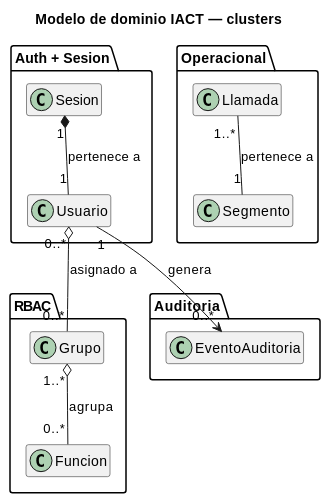
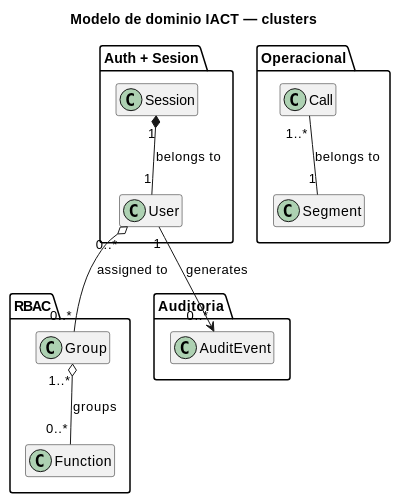
One commit to jcg-admin/IACT-docs changed the diagram in source/requisitos/_metodologia-aplicacion/analisis-dominio/ejemplo-iact-agrupacion-con-package.rst. Above: the diagram before and after it, drawn with PlantUML. The commit also changed 21 other files, not shown here.

```diff
--- a/source/requisitos/_metodologia-aplicacion/analisis-dominio/ejemplo-iact-agrupacion-con-package.rst
+++ b/source/requisitos/_metodologia-aplicacion/analisis-dominio/ejemplo-iact-agrupacion-con-package.rst
@@ -7,32 +7,32 @@
 .. uml::
 
    @startuml
    title Modelo de dominio IACT — clusters
 
    hide empty members
 
    package "Auth + Sesion" {
-     class Usuario
-     class Sesion
+     class User
+     class Session
    }
 
    package "RBAC" {
-     class Grupo
-     class Funcion
+     class Group
+     class Function
    }
 
    package "Operacional" {
-     class Llamada
-     class Segmento
+     class Call
+     class Segment
    }
 
    package "Auditoria" {
-     class EventoAuditoria
+     class AuditEvent
    }
 
-   Sesion "1" *-- "1" Usuario : pertenece a
-   Usuario "0..*" o-- "0..*" Grupo : asignado a
-   Grupo "1..*" o-- "0..*" Funcion : agrupa
-   Llamada "1..*" -- "1" Segmento : pertenece a
-   Usuario "1" --> "0..*" EventoAuditoria : genera
+   Session "1" *-- "1" User : belongs to
+   User "0..*" o-- "0..*" Group : assigned to
+   Group "1..*" o-- "0..*" Function : groups
+   Call "1..*" -- "1" Segment : belongs to
+   User "1" --> "0..*" AuditEvent : generates
    @enduml
```
